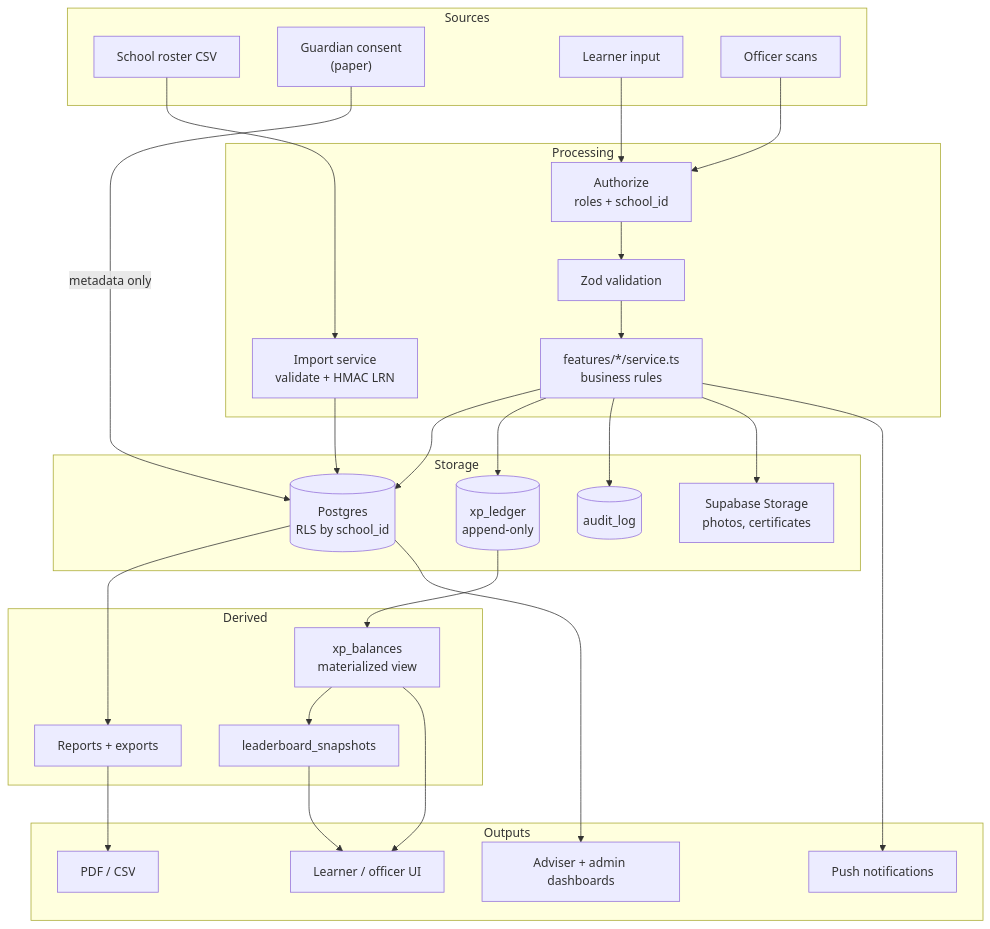
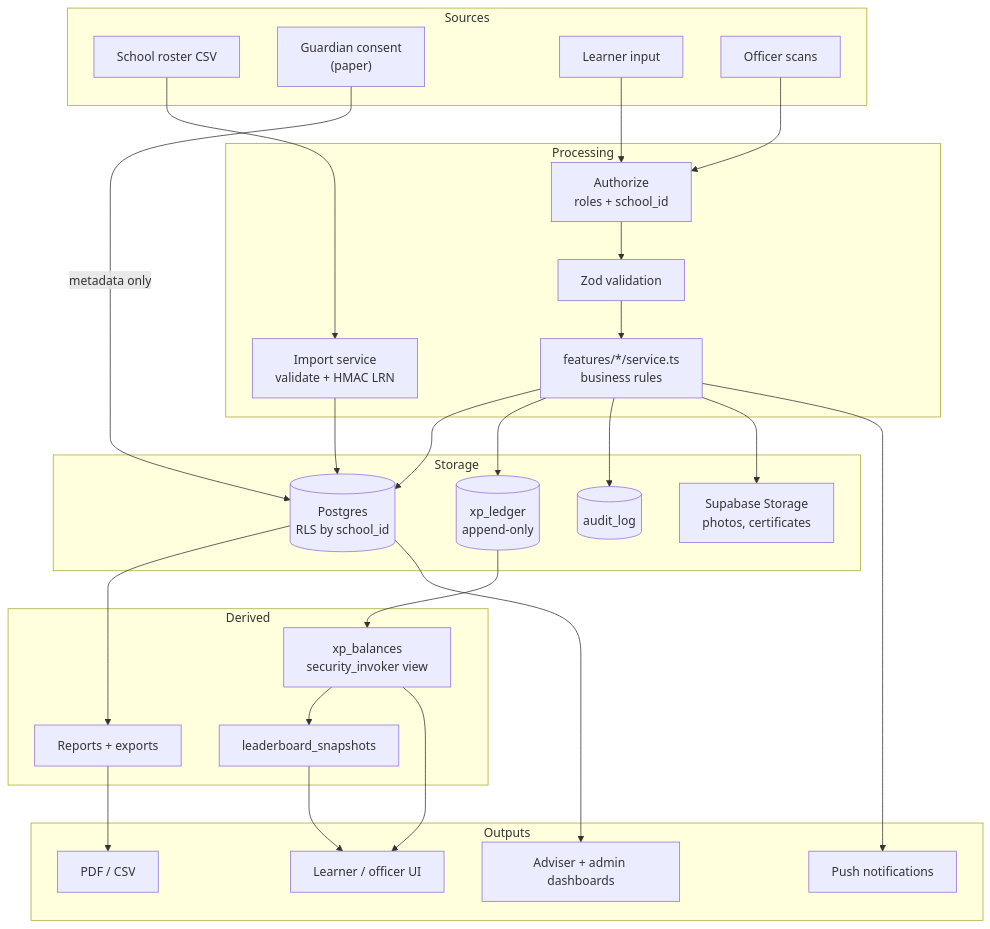
The first of 4 diagrams in docs/DATA_FLOW.md (jash-aeio/Hiraya), drawn with Mermaid before and after one commit. The commit also changed other lines of this file and 5 other files, not shown here.

First line of the commit message:
docs: checkpoint - Phase 0 week 1, schema and RLS landed

````diff
--- a/docs/DATA_FLOW.md
+++ b/docs/DATA_FLOW.md
@@ -48,52 +48,52 @@
 ```mermaid
 flowchart TD
   subgraph Sources
     CSV["School roster CSV"]
     CONSENT["Guardian consent<br/>(paper)"]
     LEARNER["Learner input"]
     SCAN["Officer scans"]
   end
 
   subgraph Processing
     IMP["Import service<br/>validate + HMAC LRN"]
     AUTHZ["Authorize<br/>roles + school_id"]
     VAL["Zod validation"]
     SVC["features/*/service.ts<br/>business rules"]
   end
 
   subgraph Storage
     PG[("Postgres<br/>RLS by school_id")]
     LEDGER[("xp_ledger<br/>append-only")]
     AUDIT[("audit_log")]
     OBJ["Supabase Storage<br/>photos, certificates"]
   end
 
   subgraph Derived
-    MV["xp_balances<br/>materialized view"]
+    MV["xp_balances<br/>security_invoker view"]
     SNAP["leaderboard_snapshots"]
     RPT["Reports + exports"]
   end
 
   subgraph Outputs
     UI["Learner / officer UI"]
     DASH["Adviser + admin dashboards"]
     PDF["PDF / CSV"]
     PUSH["Push notifications"]
   end
 
   CSV --> IMP --> PG
   CONSENT -->|metadata only| PG
   LEARNER --> AUTHZ --> VAL --> SVC
   SCAN --> AUTHZ
   SVC --> PG
   SVC --> LEDGER
   SVC --> AUDIT
   SVC --> OBJ
   LEDGER --> MV --> SNAP
   PG --> RPT
   MV --> UI
   SNAP --> UI
   PG --> DASH
   RPT --> PDF
   SVC --> PUSH
 ```
````
